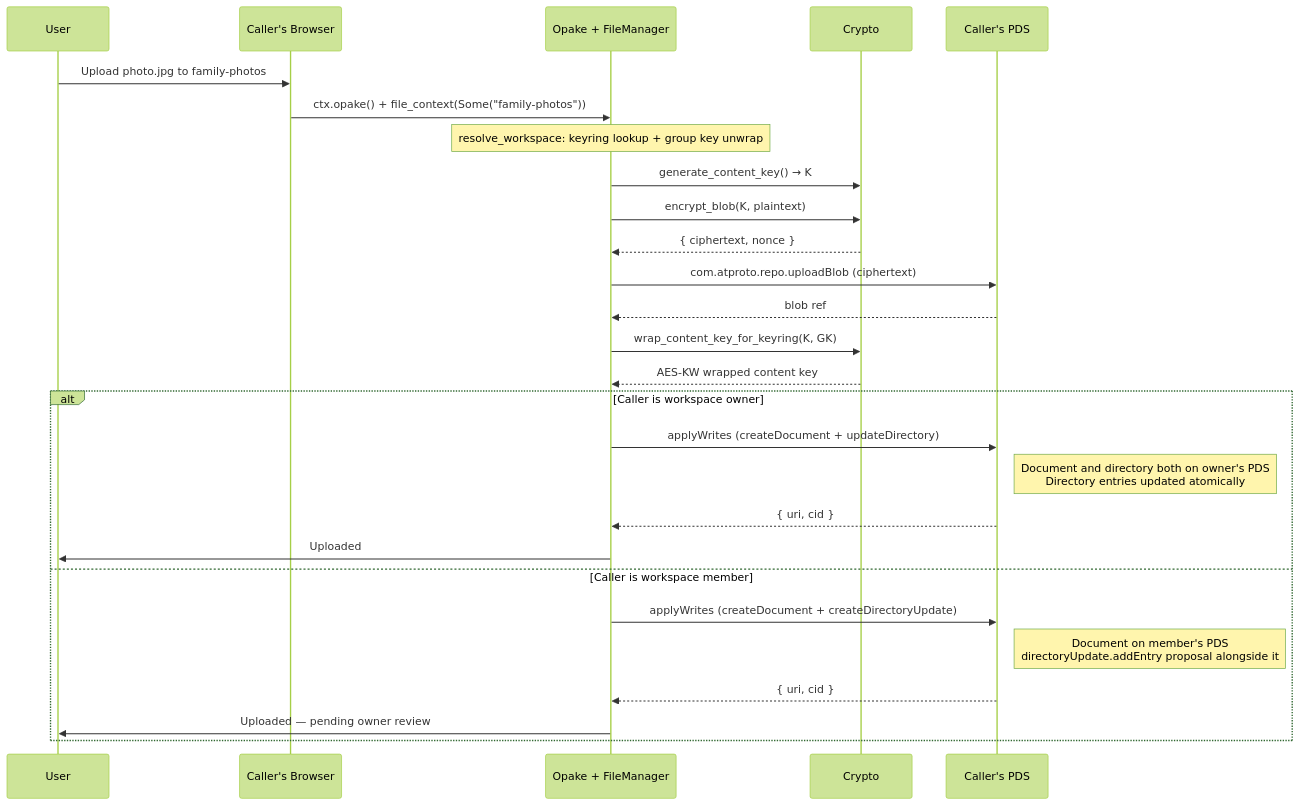
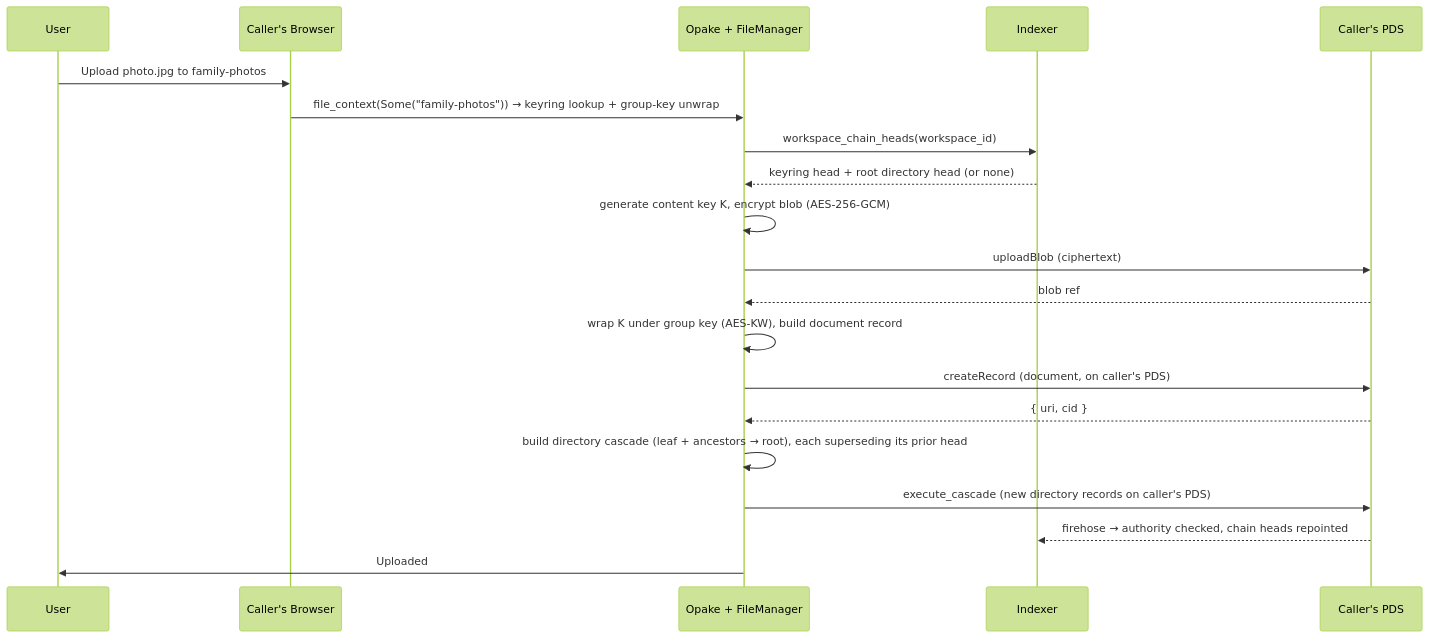
Before and after one commit to Sans-Self/Opake: the seventh of 8 diagrams in docs/flows/keyrings.md, drawn with Mermaid (forest theme). The commit also changed other lines of this file and 35 other files, not shown here.

````diff
--- a/docs/flows/keyrings.md
+++ b/docs/flows/keyrings.md
@@ -204,35 +205,29 @@
 ```mermaid
 sequenceDiagram
     participant User
     participant Web as Caller's Browser
     participant Opake as Opake + FileManager
-    participant Crypto
+    participant IX as Indexer
     participant CallerPDS as Caller's PDS
 
     User->>Web: Upload photo.jpg to family-photos
 
-    Web->>Opake: ctx.opake() + file_context(Some("family-photos"))
-    Note over Opake: resolve_workspace: keyring lookup + group key unwrap
+    Web->>Opake: file_context(Some("family-photos")) → keyring lookup + group-key unwrap
 
-    Opake->>Crypto: generate_content_key() → K
-    Opake->>Crypto: encrypt_blob(K, plaintext)
-    Crypto-->>Opake: { ciphertext, nonce }
+    Opake->>IX: workspace_chain_heads(workspace_id)
+    IX-->>Opake: keyring head + root directory head (or none)
 
-    Opake->>CallerPDS: com.atproto.repo.uploadBlob (ciphertext)
+    Opake->>Opake: generate content key K, encrypt blob (AES-256-GCM)
+    Opake->>CallerPDS: uploadBlob (ciphertext)
     CallerPDS-->>Opake: blob ref
 
-    Opake->>Crypto: wrap_content_key_for_keyring(K, GK)
-    Crypto-->>Opake: AES-KW wrapped content key
+    Opake->>Opake: wrap K under group key (AES-KW), build document record
+    Opake->>CallerPDS: createRecord (document, on caller's PDS)
+    CallerPDS-->>Opake: { uri, cid }
 
-    alt Caller is workspace owner
-        Opake->>CallerPDS: applyWrites (createDocument + updateDirectory)
-        Note right of CallerPDS: Document and directory both on owner's PDS<br/>Directory entries updated atomically
-        CallerPDS-->>Opake: { uri, cid }
-        Opake->>User: Uploaded
-    else Caller is workspace member
-        Opake->>CallerPDS: applyWrites (createDocument + createDirectoryUpdate)
-        Note right of CallerPDS: Document on member's PDS<br/>directoryUpdate.addEntry proposal alongside it
-        CallerPDS-->>Opake: { uri, cid }
-        Opake->>User: Uploaded — pending owner review
-    end
+    Opake->>Opake: build directory cascade (leaf + ancestors → root), each superseding its prior head
+    Opake->>CallerPDS: execute_cascade (new directory records on caller's PDS)
+    CallerPDS-->>IX: firehose → authority checked, chain heads repointed
+
+    Opake->>User: Uploaded
 ```
````
